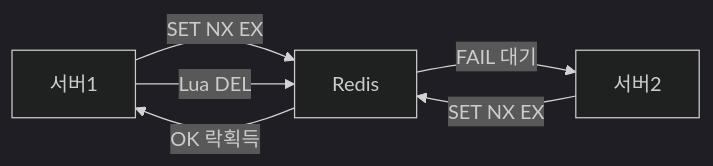
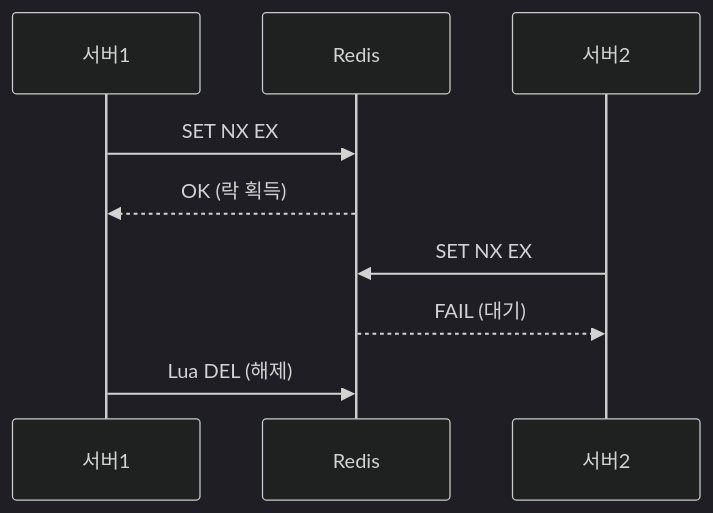
The first of 15 diagrams in _posts/redis/2026-05-01-redis-distributed-lock.md (yjkim2015/yjkim2015.github.io), drawn with Mermaid (dark theme) before and after one commit. The commit also changed other lines of this file, not shown here.

First line of the commit message:
Redis 분산 락 다이어그램: 복잡한 flowchart → sequenceDiagram 전환

````diff
--- a/_posts/redis/2026-05-01-redis-distributed-lock.md
+++ b/_posts/redis/2026-05-01-redis-distributed-lock.md
@@ -26,8 +26,8 @@
 ```mermaid
-graph LR
-    S1["서버1"] -->|SET NX EX| R["Redis"]
-    S2["서버2"] -->|SET NX EX| R
-    R -->|OK 락획득| S1
-    R -->|FAIL 대기| S2
-    S1 -->|Lua DEL| R
+sequenceDiagram
+    서버1->>Redis: SET NX EX
+    Redis-->>서버1: OK (락 획득)
+    서버2->>Redis: SET NX EX
+    Redis-->>서버2: FAIL (대기)
+    서버1->>Redis: Lua DEL (해제)
 ```
````
